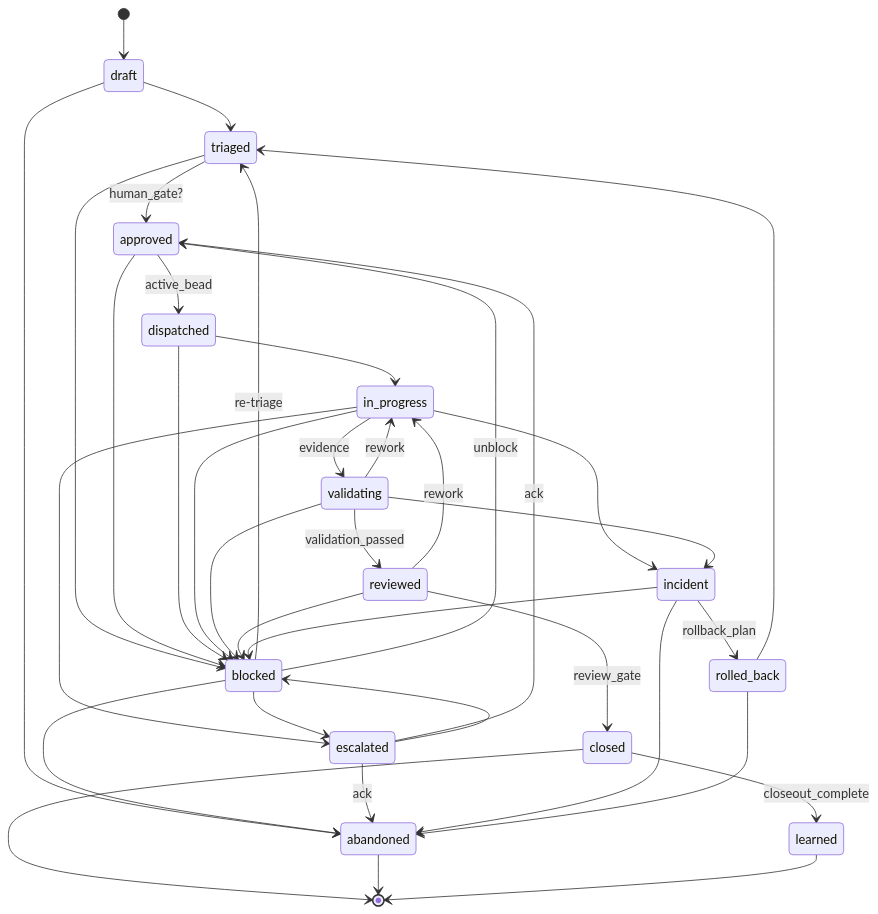
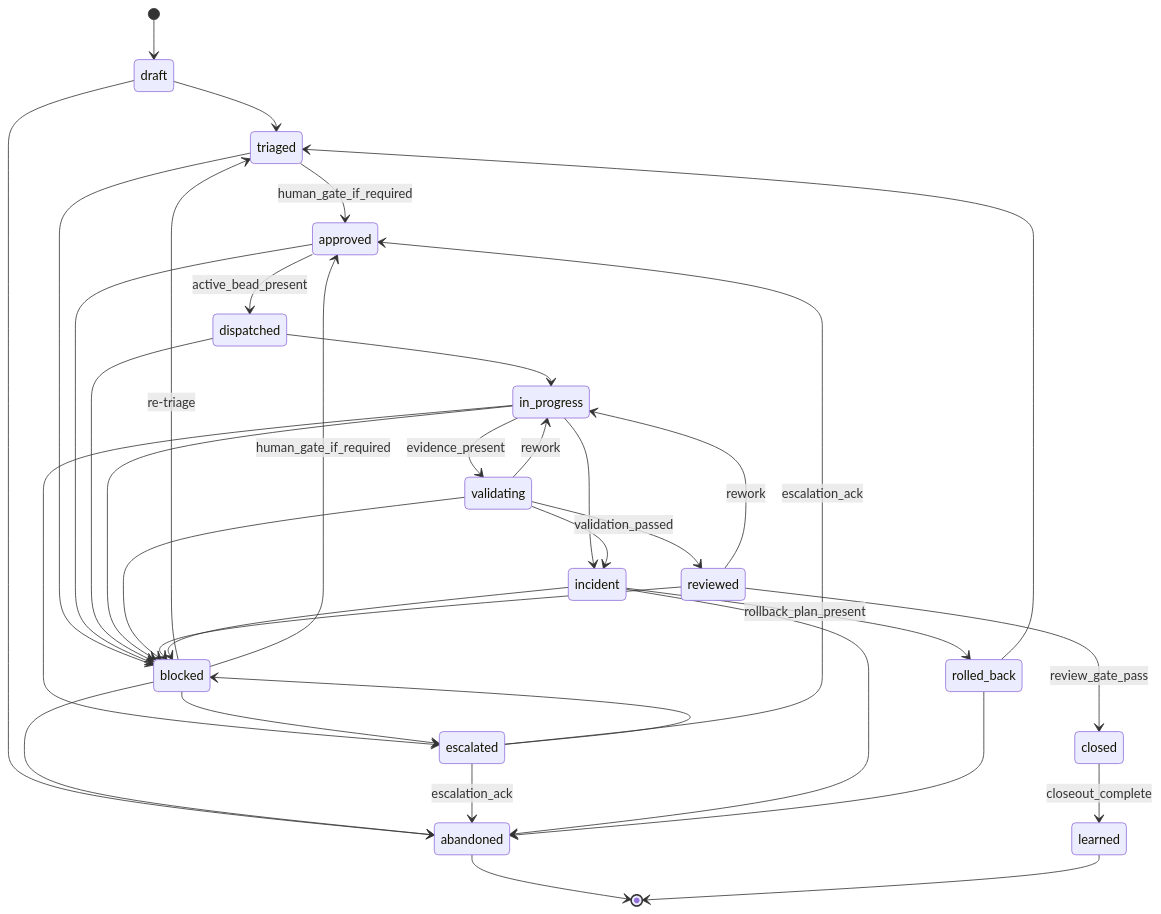
The first of 2 diagrams in docs/architecture/STATE_MACHINE.md (kas1987/chromatic-atomic-tower), drawn with Mermaid before and after one commit. The commit also changed other lines of this file and 2 other files, not shown here.

First paragraph of the commit message:
fix(state-machine): address PR #14 review feedback (#17)
* fix(state-machine): address review feedback on transition rules

````diff
--- a/docs/architecture/STATE_MACHINE.md
+++ b/docs/architecture/STATE_MACHINE.md
@@ -18,39 +18,38 @@
 ```mermaid
 stateDiagram-v2
     [*] --> draft
     draft --> triaged
     draft --> abandoned
-    triaged --> approved: human_gate?
+    triaged --> approved: human_gate_if_required
     triaged --> blocked
-    approved --> dispatched: active_bead
+    approved --> dispatched: active_bead_present
     approved --> blocked
     dispatched --> in_progress
     dispatched --> blocked
-    in_progress --> validating: evidence
+    in_progress --> validating: evidence_present
     in_progress --> blocked
     in_progress --> escalated
     in_progress --> incident
     validating --> reviewed: validation_passed
     validating --> in_progress: rework
     validating --> blocked
     validating --> incident
-    reviewed --> closed: review_gate
+    reviewed --> closed: review_gate_pass
     reviewed --> in_progress: rework
     reviewed --> blocked
     closed --> learned: closeout_complete
     blocked --> triaged: re-triage
-    blocked --> approved: unblock
+    blocked --> approved: human_gate_if_required
     blocked --> escalated
     blocked --> abandoned
-    escalated --> approved: ack
+    escalated --> approved: escalation_ack
     escalated --> blocked
-    escalated --> abandoned: ack
-    incident --> rolled_back: rollback_plan
+    escalated --> abandoned: escalation_ack
+    incident --> rolled_back: rollback_plan_present
     incident --> blocked
     incident --> abandoned
     rolled_back --> triaged
     rolled_back --> abandoned
-    closed --> [*]
     abandoned --> [*]
     learned --> [*]
 ```
````
